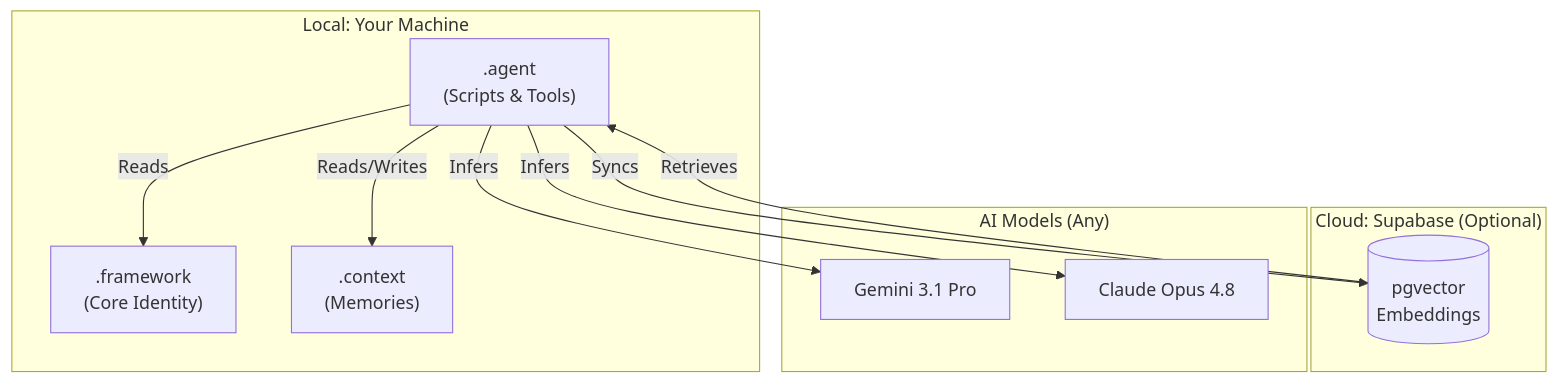
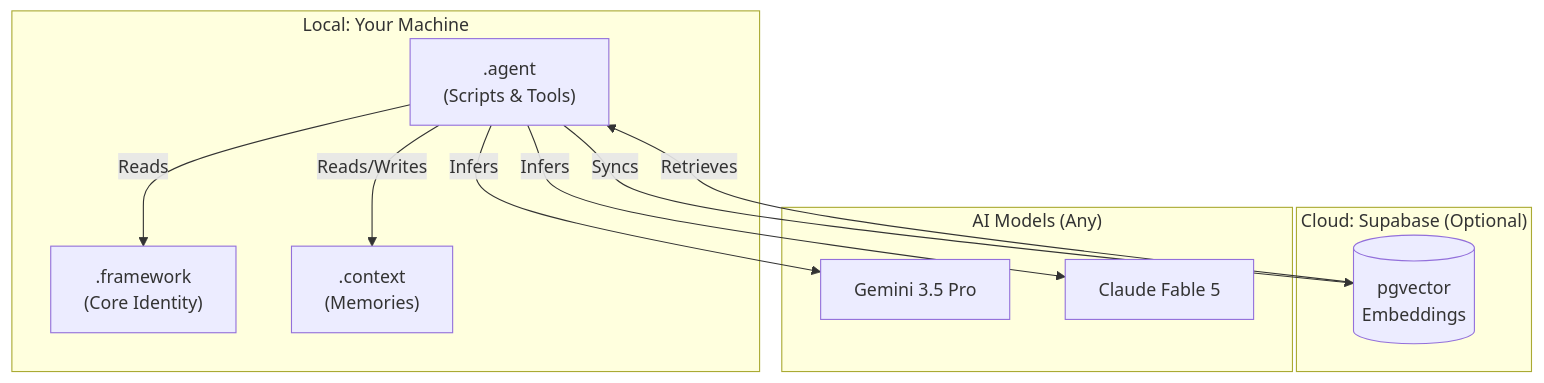
Before and after one commit to agent-memory-atlas-archive/winstonkoh87--Athena-Public: the second of 2 diagrams in Athena-Public.wiki/Architecture-Overview.md, drawn with Mermaid. The commit also changed other lines of this file and 11 other files, not shown here.

First line of the commit message:
docs: content-drift sweep — model refs to July 2026 state (GPT-5.6 Sol, Fable 5, Gemini 3.5 preview), protocol count 155/24 -> 169/21, sitemap lastmod

````diff
--- a/Athena-Public.wiki/Architecture-Overview.md
+++ b/Athena-Public.wiki/Architecture-Overview.md
@@ -96,24 +96,24 @@
 ```mermaid
 graph TD
     subgraph Local_Filesystem ["Local: Your Machine"]
         Framework[".framework<br/>(Core Identity)"]
         Context[".context<br/>(Memories)"]
         Agent[".agent<br/>(Scripts & Tools)"]
     end
 
     subgraph Cloud_Infrastructure ["Cloud: Supabase (Optional)"]
         VectorDB[("pgvector<br/>Embeddings")]
     end
 
     subgraph Intelligence ["AI Models (Any)"]
-        Gemini["Gemini 3.1 Pro"]
-        Claude["Claude Opus 4.8"]
+        Gemini["Gemini 3.5 Pro"]
+        Claude["Claude Fable 5"]
     end
 
     Agent -->|Reads| Framework
     Agent -->|Reads/Writes| Context
     Agent -->|Syncs| VectorDB
     VectorDB -->|Retrieves| Agent
     Agent -->|Infers| Gemini
     Agent -->|Infers| Claude
 ```
````
